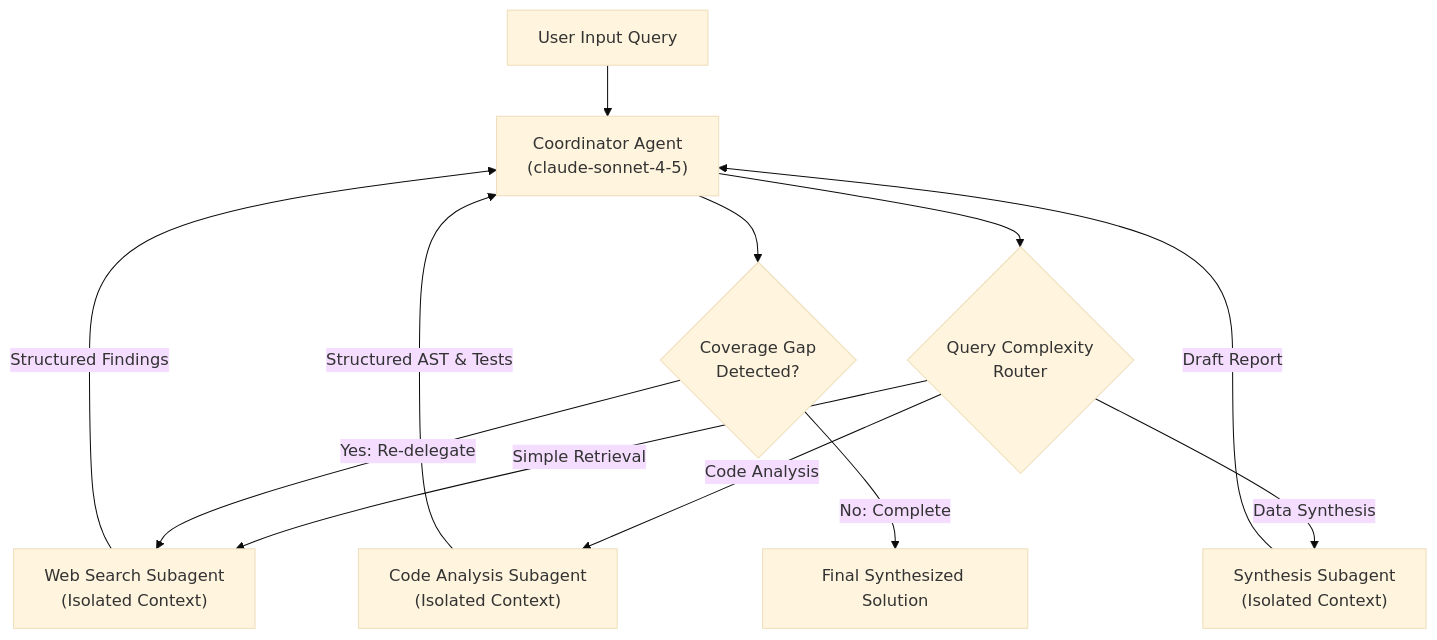
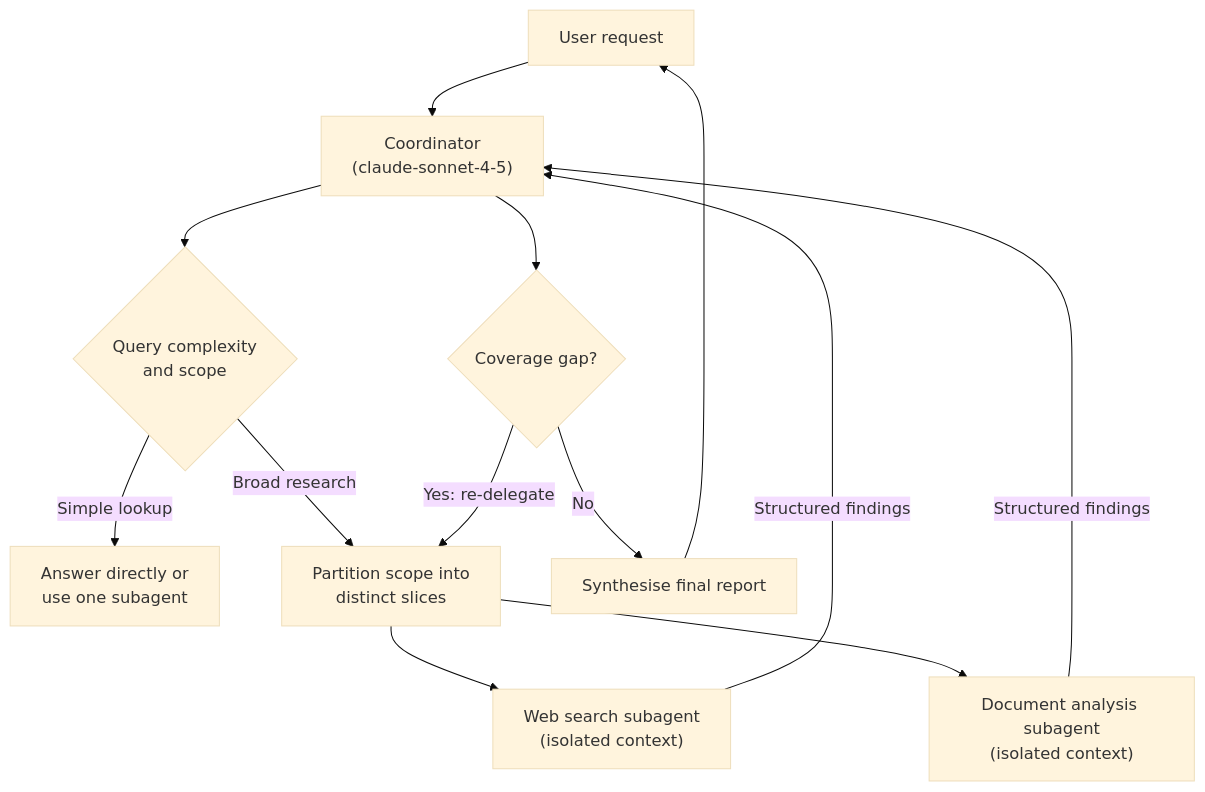
Before and after one commit to dip4k/claude_cert_architect_foundation_prep: the diagram in domain1/ts_1_2_coordinator_subagents/README.md, drawn with Mermaid (base theme). The commit also changed other lines of this file and 133 other files, not shown here.

````diff
--- a/domain1/ts_1_2_coordinator_subagents/README.md
+++ b/domain1/ts_1_2_coordinator_subagents/README.md
@@ -55,18 +82,19 @@
 ```mermaid
 flowchart TD
-    UserQuery["User Input Query"] --> Coordinator["Coordinator Agent<br>(claude-sonnet-4-5)"]
-    
-    Coordinator --> RouteDecision{"Query Complexity<br>Router"}
-    
-    RouteDecision -->|"Simple Retrieval"| SearchSubagent["Web Search Subagent<br>(Isolated Context)"]
-    RouteDecision -->|"Code Analysis"| CodeSubagent["Code Analysis Subagent<br>(Isolated Context)"]
-    RouteDecision -->|"Data Synthesis"| SynthesisSubagent["Synthesis Subagent<br>(Isolated Context)"]
-    
-    SearchSubagent -->|"Structured Findings"| Coordinator
-    CodeSubagent -->|"Structured AST & Tests"| Coordinator
-    SynthesisSubagent -->|"Draft Report"| Coordinator
-    
-    Coordinator --> GapCheck{"Coverage Gap<br>Detected?"}
-    GapCheck -->|"Yes: Re-delegate"| SearchSubagent
-    GapCheck -->|"No: Complete"| FinalOutput["Final Synthesized Solution"]
+    User["User request"] --> Coord["Coordinator<br>(claude-sonnet-4-5)"]
+    Coord --> Decide{"Query complexity<br>and scope"}
+
+    Decide -->|"Simple lookup"| Direct["Answer directly or<br>use one subagent"]
+    Decide -->|"Broad research"| Partition["Partition scope into<br>distinct slices"]
+
+    Partition --> Web["Web search subagent<br>(isolated context)"]
+    Partition --> Doc["Document analysis subagent<br>(isolated context)"]
+
+    Web -->|"Structured findings"| Coord
+    Doc -->|"Structured findings"| Coord
+
+    Coord --> Gap{"Coverage gap?"}
+    Gap -->|"Yes: re-delegate"| Partition
+    Gap -->|"No"| Synth["Synthesise final report"]
+    Synth --> User
 ```
````
